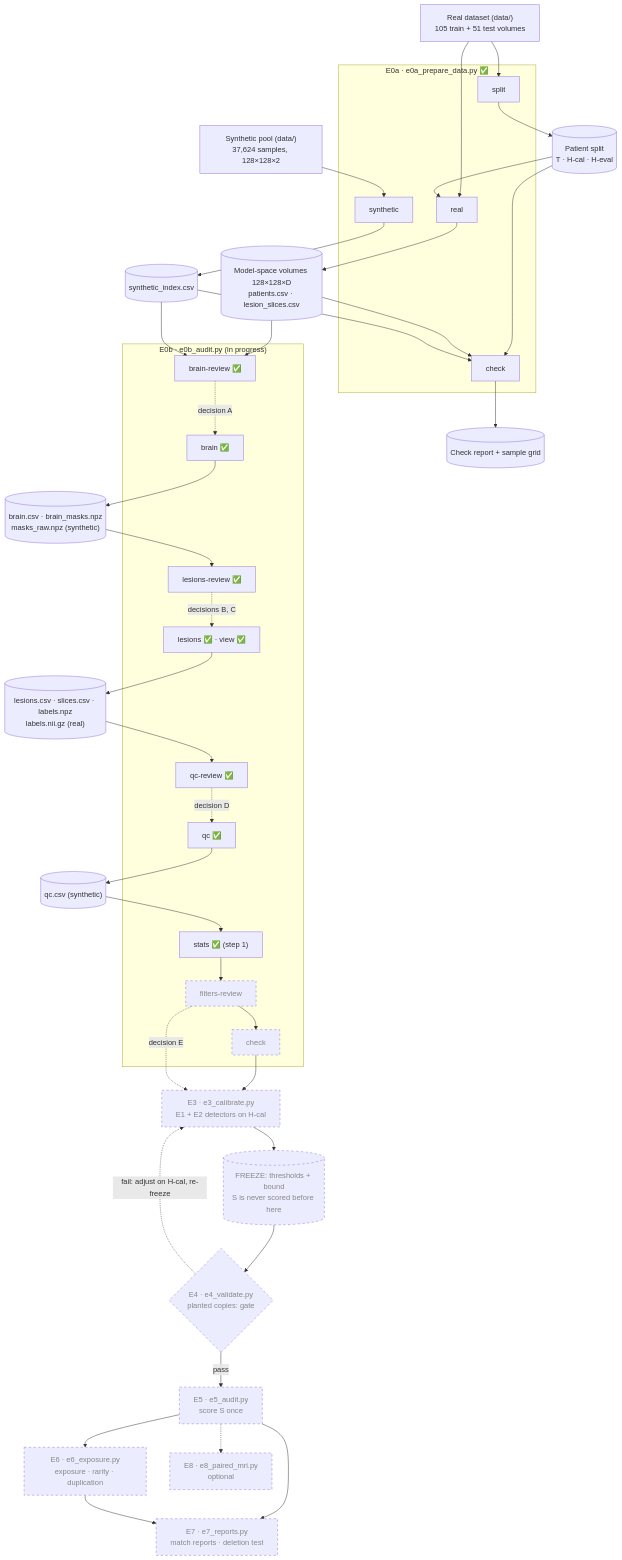
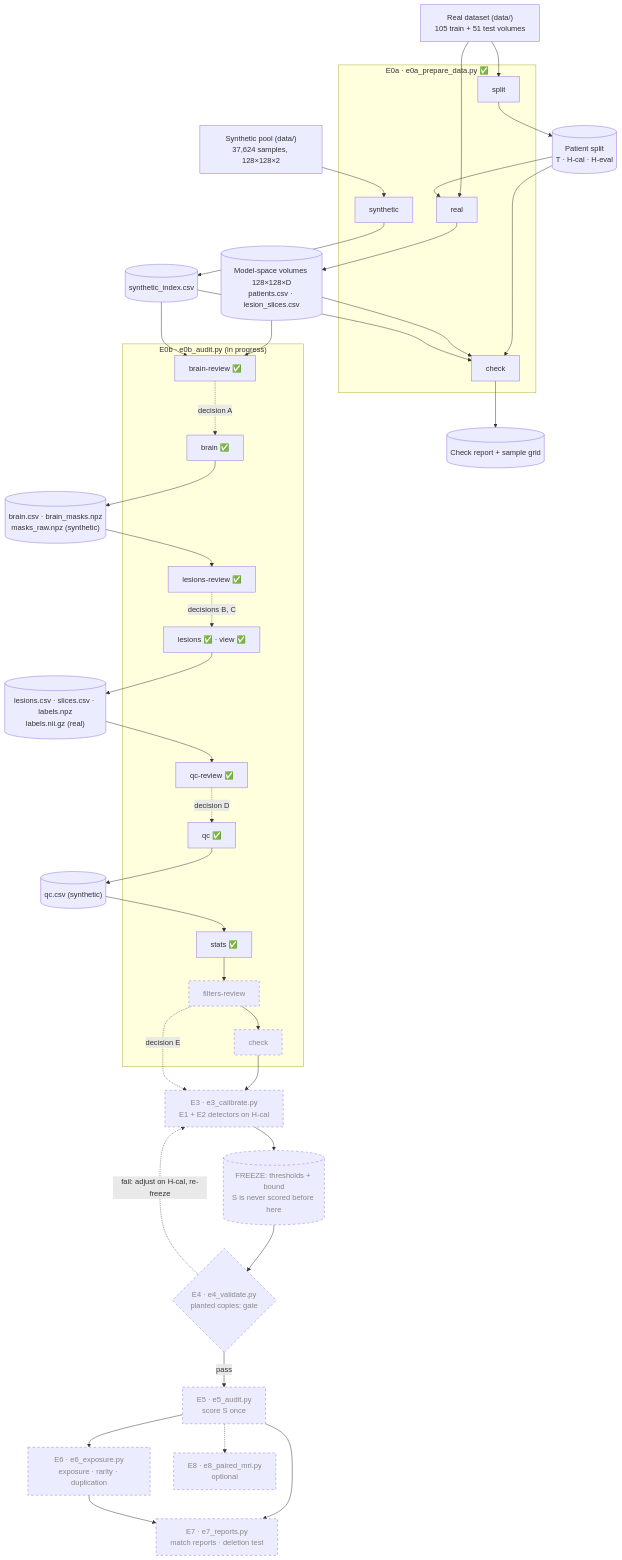
Before and after one commit to mattia3003/MT_project: the first of 2 diagrams in docs/architecture.md, drawn with Mermaid. The commit also changed other lines of this file and 14 other files, not shown here.

````diff
--- a/docs/architecture.md
+++ b/docs/architecture.md
@@ -24,63 +24,63 @@
 ```mermaid
 flowchart TD
     RAW["Real dataset (data/)<br/>105 train + 51 test volumes"]
     POOL["Synthetic pool (data/)<br/>37,624 samples, 128×128×2"]
 
     subgraph E0A["E0a · e0a_prepare_data.py ✅"]
         SPLIT["split"]
         REAL["real"]
         SYN["synthetic"]
         CHECK["check"]
     end
 
     SPLITCSV[("Patient split<br/>T · H-cal · H-eval")]
     VOLS[("Model-space volumes 128×128×D<br/>patients.csv · lesion_slices.csv")]
     INDEX[("synthetic_index.csv")]
     REPORT[("Check report + sample grid")]
 
     RAW --> SPLIT --> SPLITCSV
     RAW --> REAL
     SPLITCSV --> REAL --> VOLS
     POOL --> SYN --> INDEX
     SPLITCSV & VOLS & INDEX --> CHECK --> REPORT
 
     subgraph E0B["E0b · e0b_audit.py (in progress)"]
         BREV["brain-review ✅"]
         BRAIN["brain ✅"]
         LREV["lesions-review ✅"]
         LES["lesions ✅ · view ✅"]
         QREV["qc-review ✅"]
         QC["qc ✅"]
-        STATS["stats ✅ (step 1)"]
+        STATS["stats ✅"]
         FREV["filters-review"]:::planned
         ECHECK["check"]:::planned
     end
     BREV -.->|"decision A"| BRAIN
     BRAINOUT[("brain.csv · brain_masks.npz<br/>masks_raw.npz (synthetic)")]
     BRAIN --> BRAINOUT --> LREV
     LREV -.->|"decisions B, C"| LES
     LESOUT[("lesions.csv · slices.csv · labels.npz<br/>labels.nii.gz (real)")]
     LES --> LESOUT --> QREV
     QREV -.->|"decision D"| QC
     QCOUT[("qc.csv (synthetic)")]
     QC --> QCOUT --> STATS --> FREV --> ECHECK
 
     E3["E3 · e3_calibrate.py<br/>E1 + E2 detectors on H-cal"]:::planned
     FROZEN[("FREEZE: thresholds + bound<br/>S is never scored before here")]:::planned
     E4{"E4 · e4_validate.py<br/>planted copies: gate"}:::planned
     E5["E5 · e5_audit.py<br/>score S once"]:::planned
     E6["E6 · e6_exposure.py<br/>exposure · rarity · duplication"]:::planned
     E7["E7 · e7_reports.py<br/>match reports · deletion test"]:::planned
     E8["E8 · e8_paired_mri.py<br/>optional"]:::planned
 
     VOLS & INDEX --> BREV
     ECHECK --> E3 --> FROZEN --> E4
     FREV -.->|"decision E"| E3
     E4 -->|pass| E5
     E4 -.->|"fail: adjust on H-cal, re-freeze"| E3
     E5 --> E6 & E7
     E6 --> E7
     E5 -.-> E8
 
     classDef planned stroke-dasharray: 5 5,color:#888
 ```
````
